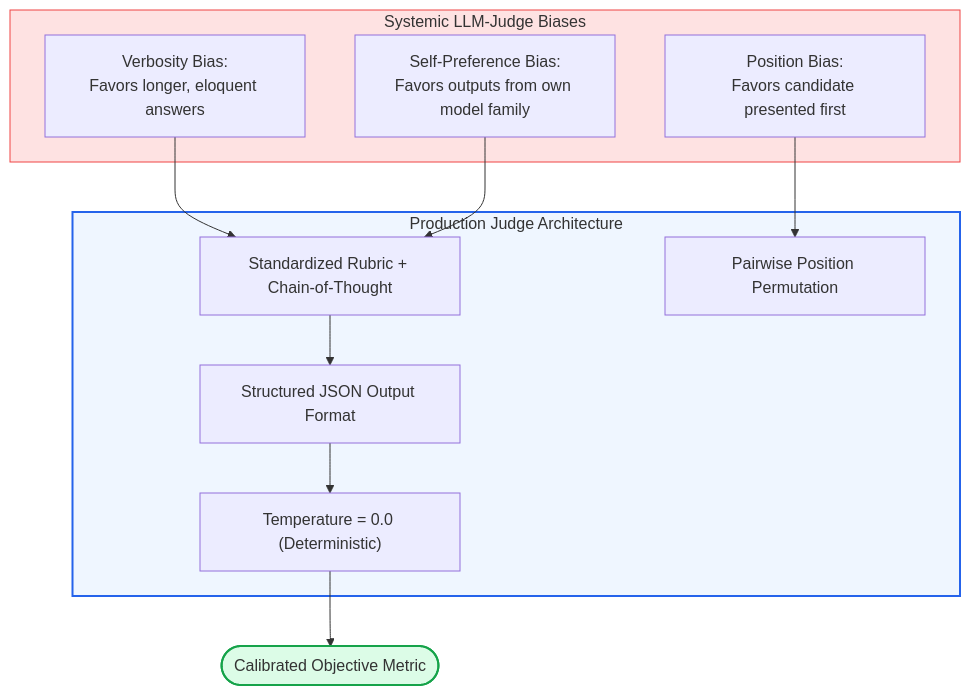
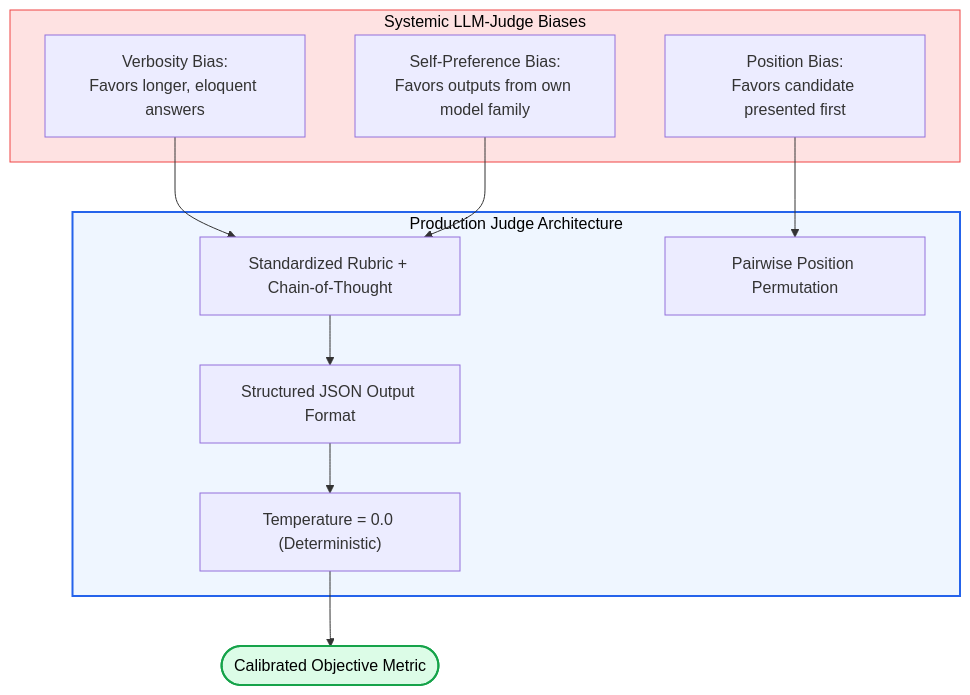
The second of 3 diagrams in 08-RAG-Evaluation-and-Optimization/Generation-Metrics.md (swapnil3104/RAG-Engineering), drawn with Mermaid before and after one commit. The commit also changed other lines of this file and 108 other files, not shown here.

Commit message:
fix: make chart text visible across all Mermaid diagrams and resolve markdown table formatting issues

````diff
--- a/08-RAG-Evaluation-and-Optimization/Generation-Metrics.md
+++ b/08-RAG-Evaluation-and-Optimization/Generation-Metrics.md
@@ -157,24 +157,24 @@
 ```mermaid
 flowchart TD
     subgraph Biases ["Systemic LLM-Judge Biases"]
         B1["Position Bias:<br/>Favors candidate presented first"]
         B2["Verbosity Bias:<br/>Favors longer, eloquent answers"]
         B3["Self-Preference Bias:<br/>Favors outputs from own model family"]
     end
 
     subgraph Architecture ["Production Judge Architecture"]
         Prompt["Standardized Rubric + Chain-of-Thought"]
         JSON["Structured JSON Output Format"]
         Permute["Pairwise Position Permutation"]
         Temp["Temperature = 0.0 (Deterministic)"]
     end
 
     B1 --> Permute
     B2 --> Prompt
     B3 --> Prompt
     Prompt --> JSON --> Temp --> FinalScore([Calibrated Objective Metric])
 
-    style Biases fill:#fee2e2,stroke:#ef4444
-    style Architecture fill:#eff6ff,stroke:#2563eb,stroke-width:2px
-    style FinalScore fill:#dcfce7,stroke:#16a34a,stroke-width:2px
+    style Biases fill:#fee2e2,stroke:#ef4444,color:#000000
+    style Architecture fill:#eff6ff,stroke:#2563eb,stroke-width:2px,color:#000000
+    style FinalScore fill:#dcfce7,stroke:#16a34a,stroke-width:2px,color:#000000
 ```
````
